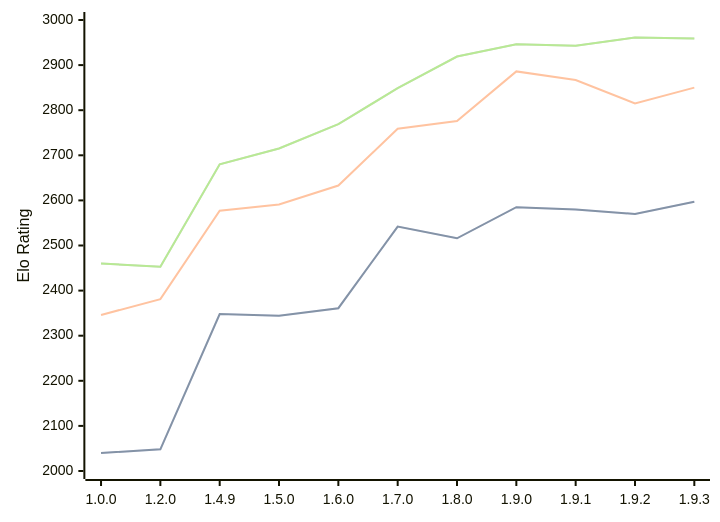
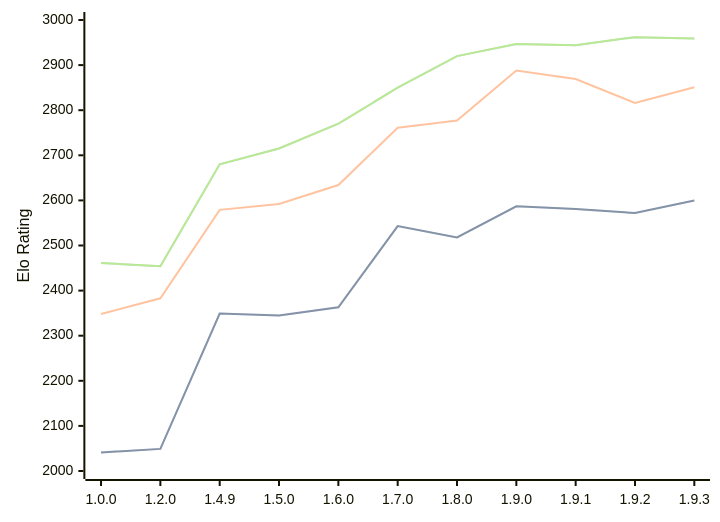
One commit to computer-chess-index/cci changed the diagram in engines/Basilisk.md. Above: the diagram before and after it, drawn with Mermaid. The commit also changed other lines of this file, not shown here.

Commit message:
Update CCI Ratings (ELO VLTC) - 2026-08-26

````diff
--- a/engines/Basilisk.md
+++ b/engines/Basilisk.md
@@ -54,11 +54,11 @@
 ```mermaid
 %%{init: {"theme":"base","themeVariables":{"seriesColors:['#a3a3a3','#222221','#faa371']}}}%%
 xychart-beta
   x-axis ["1.0.0", "1.2.0", "1.4.9", "1.5.0", "1.6.0", "1.7.0", "1.8.0", "1.9.0", "1.9.1", "1.9.2", "1.9.3"]
   y-axis "Elo Rating" 2000 --> 3000
-  line "STC (8.0+0.08s)" [2040, 2048, 2348, 2344, 2361, 2542, 2516, 2585, 2580, 2570, 2597]
-  line "STC (8.0+0.08s)" [2040, 2048, 2348, 2344, 2361, 2542, 2516, 2585, 2580, 2570, 2597]
-  line "LTC (60.0+0.60s)" [2346, 2381, 2577, 2591, 2633, 2759, 2776, 2886, 2867, 2815, 2850]
-  line "VLTC (2m24s+1.12s)" [2460, 2453, 2680, 2715, 2769, 2849, 2919, 2946, 2943, 2961, 2959]
-  line "VLTC (2m24s+1.12s)" [2460, 2453, 2680, 2715, 2769, 2849, 2919, 2946, 2943, 2961, 2959]
+  line "STC (8.0+0.08s)" [2041, 2049, 2349, 2345, 2363, 2543, 2518, 2587, 2581, 2572, 2600]
+  line "STC (8.0+0.08s)" [2041, 2049, 2349, 2345, 2363, 2543, 2518, 2587, 2581, 2572, 2600]
+  line "LTC (60.0+0.60s)" [2348, 2383, 2579, 2592, 2634, 2761, 2777, 2888, 2869, 2816, 2851]
+  line "VLTC (2m24s+1.12s)" [2461, 2454, 2680, 2715, 2770, 2850, 2920, 2947, 2944, 2962, 2959]
+  line "VLTC (2m24s+1.12s)" [2461, 2454, 2680, 2715, 2770, 2850, 2920, 2947, 2944, 2962, 2959]
 ```
````
